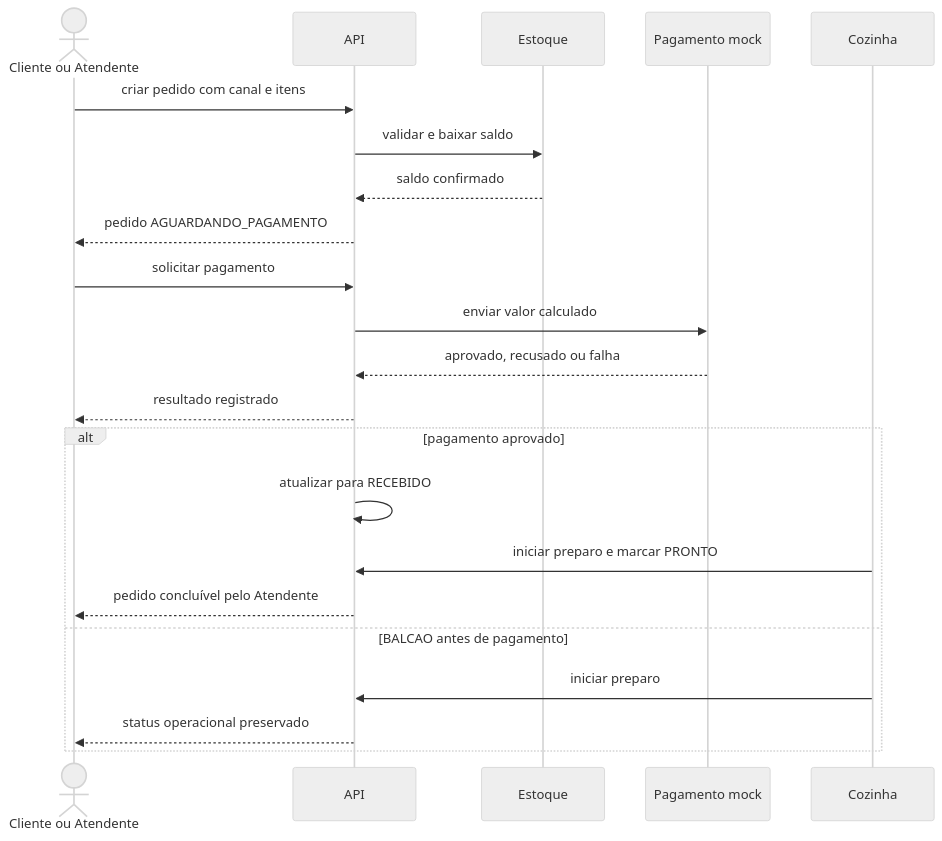
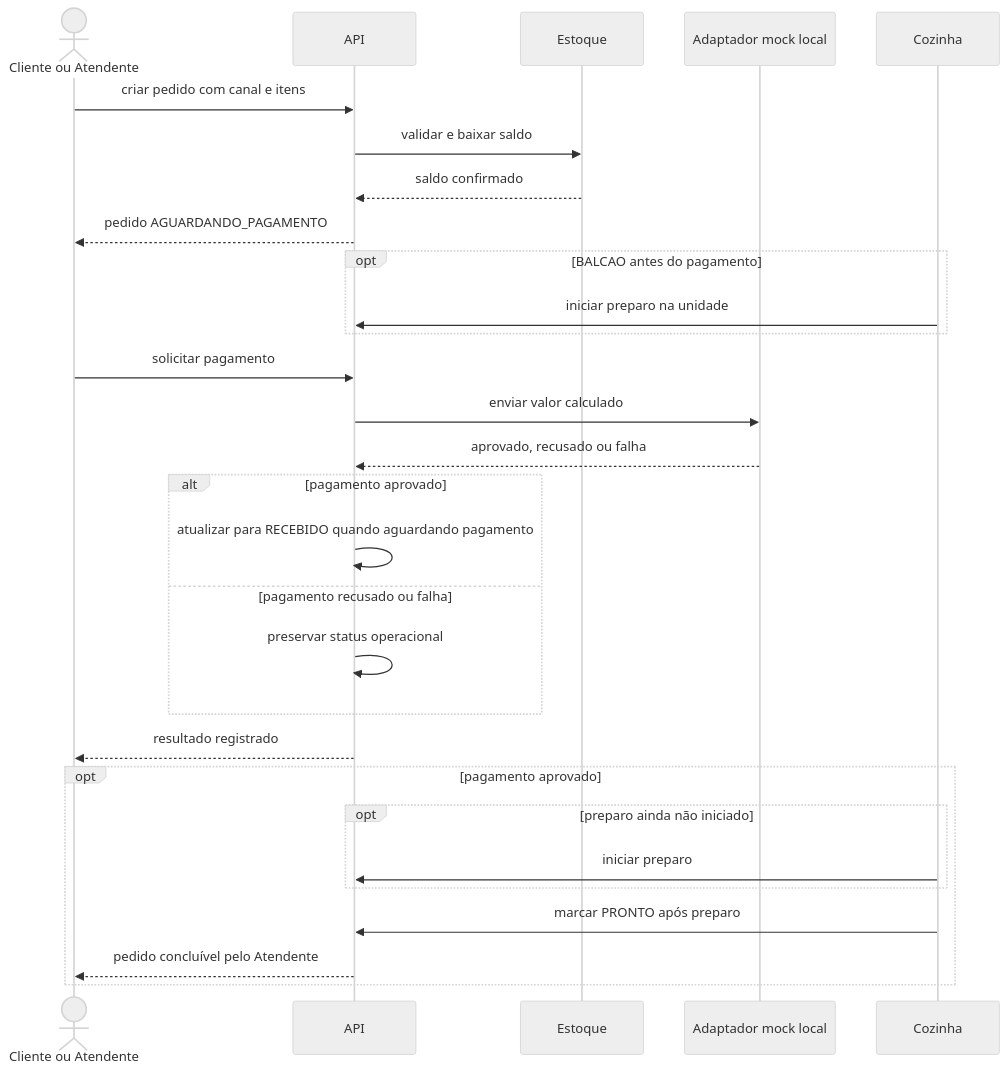
The diagram in docs/modelagem/sequencia.md (AndersonGabrielCalasans/raizes-nordeste-backend), drawn with Mermaid (neutral theme) before and after one commit. The commit also changed other lines of this file and 35 other files, not shown here.

````diff
--- a/docs/modelagem/sequencia.md
+++ b/docs/modelagem/sequencia.md
@@ -5,25 +5,32 @@
 ```mermaid
 sequenceDiagram
     actor Solicitante as Cliente ou Atendente
     participant API
     participant Estoque
-    participant Gateway as Pagamento mock
+    participant Gateway as Adaptador mock local
     participant Cozinha
 
     Solicitante->>API: criar pedido com canal e itens
     API->>Estoque: validar e baixar saldo
     Estoque-->>API: saldo confirmado
     API-->>Solicitante: pedido AGUARDANDO_PAGAMENTO
+    opt BALCAO antes do pagamento
+        Cozinha->>API: iniciar preparo na unidade
+    end
     Solicitante->>API: solicitar pagamento
     API->>Gateway: enviar valor calculado
     Gateway-->>API: aprovado, recusado ou falha
+    alt pagamento aprovado
+        API->>API: atualizar para RECEBIDO quando aguardando pagamento
+    else pagamento recusado ou falha
+        API->>API: preservar status operacional
+    end
     API-->>Solicitante: resultado registrado
-    alt pagamento aprovado
-        API->>API: atualizar para RECEBIDO
-        Cozinha->>API: iniciar preparo e marcar PRONTO
+    opt pagamento aprovado
+        opt preparo ainda não iniciado
+            Cozinha->>API: iniciar preparo
+        end
+        Cozinha->>API: marcar PRONTO após preparo
         API-->>Solicitante: pedido concluível pelo Atendente
-    else BALCAO antes de pagamento
-        Cozinha->>API: iniciar preparo
-        API-->>Solicitante: status operacional preservado
     end
 ```
````
